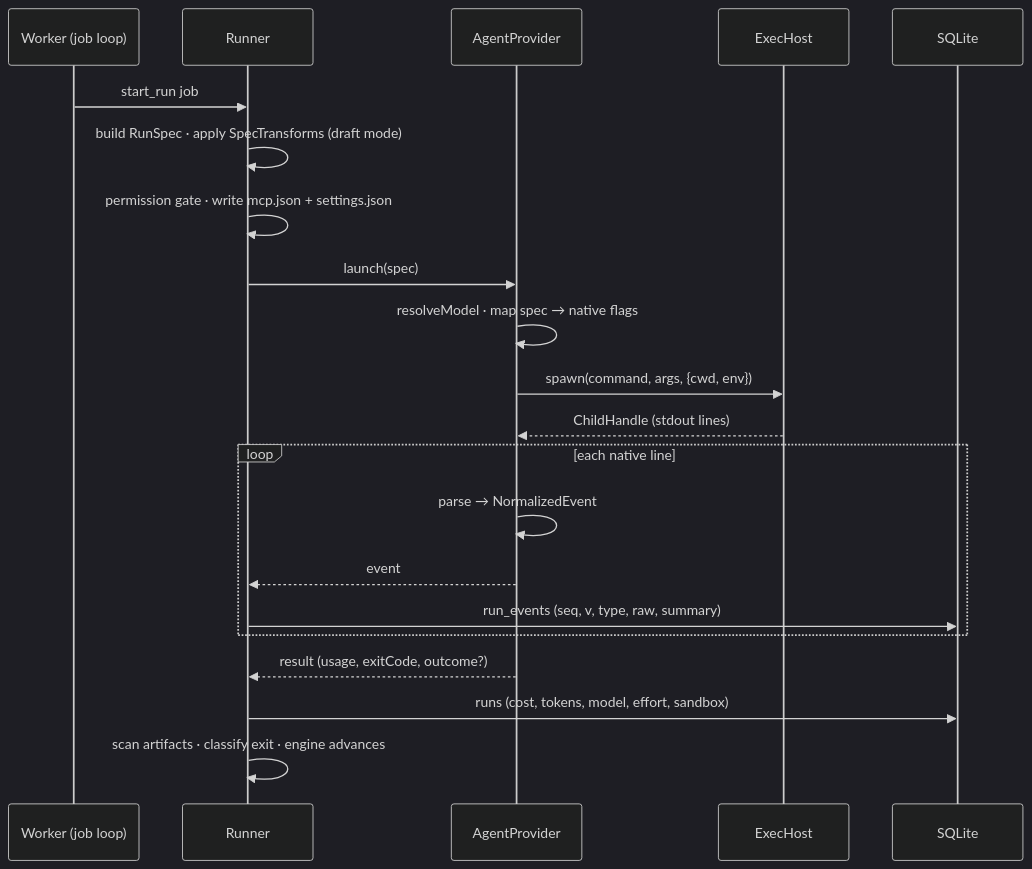
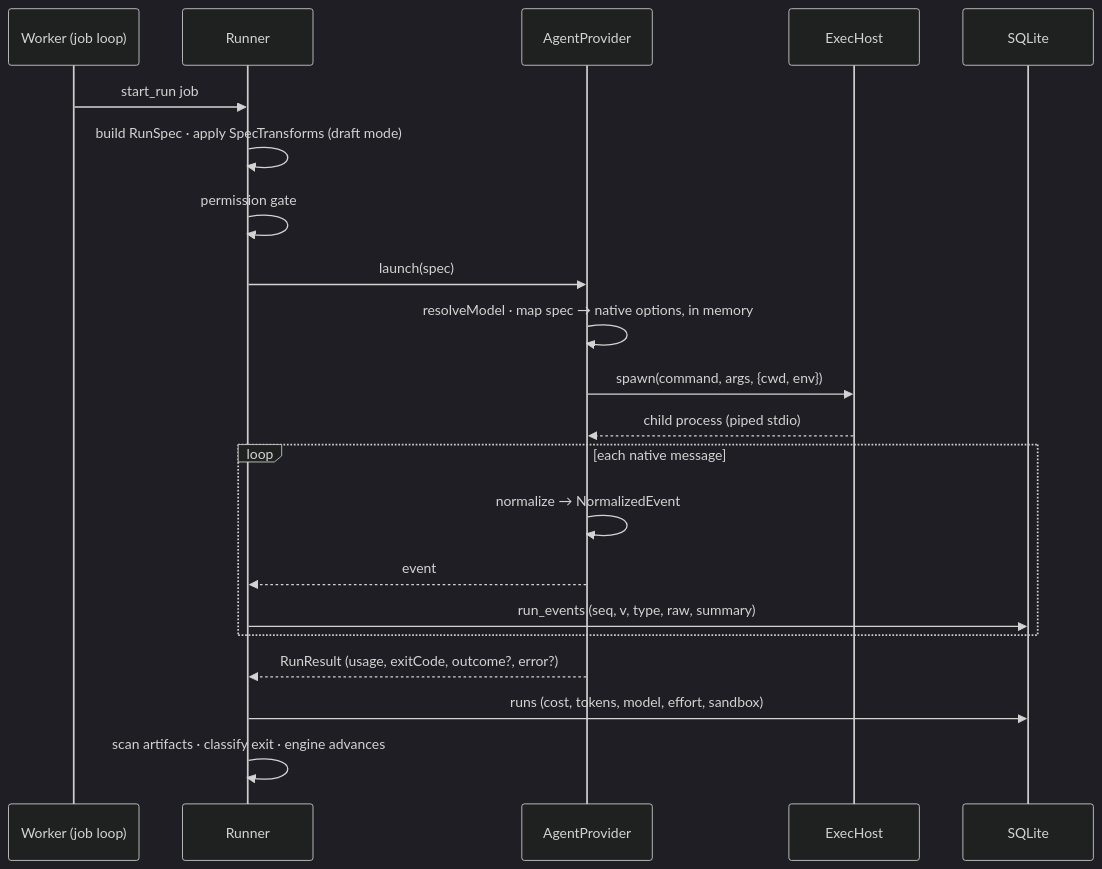
One commit to ClearCloudSoftware/flowboard changed the diagram in docs/FlowBoard/Agent Providers/Agent Providers Runtime.md. Above: the diagram before and after it, drawn with Mermaid (dark theme). The commit also changed other lines of this file and 33 other files, not shown here.

````diff
--- a/docs/FlowBoard/Agent Providers/Agent Providers Runtime.md
+++ b/docs/FlowBoard/Agent Providers/Agent Providers Runtime.md
@@ -39,23 +67,23 @@
 ```mermaid
 sequenceDiagram
   participant W as Worker (job loop)
   participant R as Runner
   participant P as AgentProvider
   participant X as ExecHost
   participant DB as SQLite
   W->>R: start_run job
   R->>R: build RunSpec · apply SpecTransforms (draft mode)
-  R->>R: permission gate · write mcp.json + settings.json
+  R->>R: permission gate
   R->>P: launch(spec)
-  P->>P: resolveModel · map spec → native flags
+  P->>P: resolveModel · map spec → native options, in memory
   P->>X: spawn(command, args, {cwd, env})
-  X-->>P: ChildHandle (stdout lines)
-  loop each native line
-    P->>P: parse → NormalizedEvent
+  X-->>P: child process (piped stdio)
+  loop each native message
+    P->>P: normalize → NormalizedEvent
     P-->>R: event
     R->>DB: run_events (seq, v, type, raw, summary)
   end
-  P-->>R: result (usage, exitCode, outcome?)
+  P-->>R: RunResult (usage, exitCode, outcome?, error?)
   R->>DB: runs (cost, tokens, model, effort, sandbox)
   R->>R: scan artifacts · classify exit · engine advances
 ```
````
